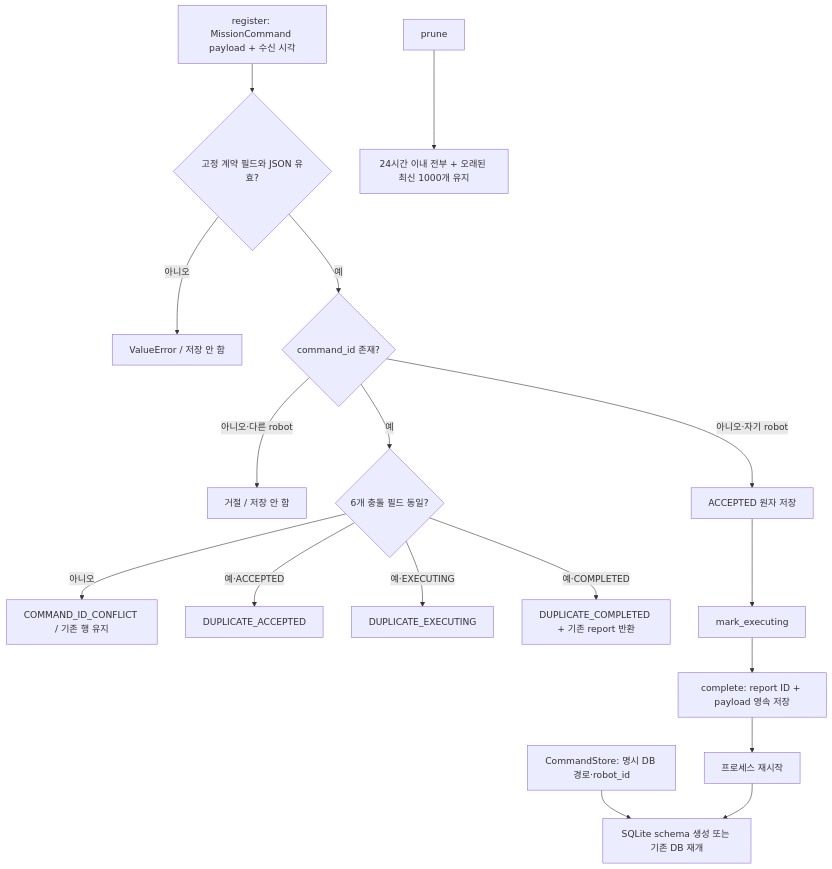
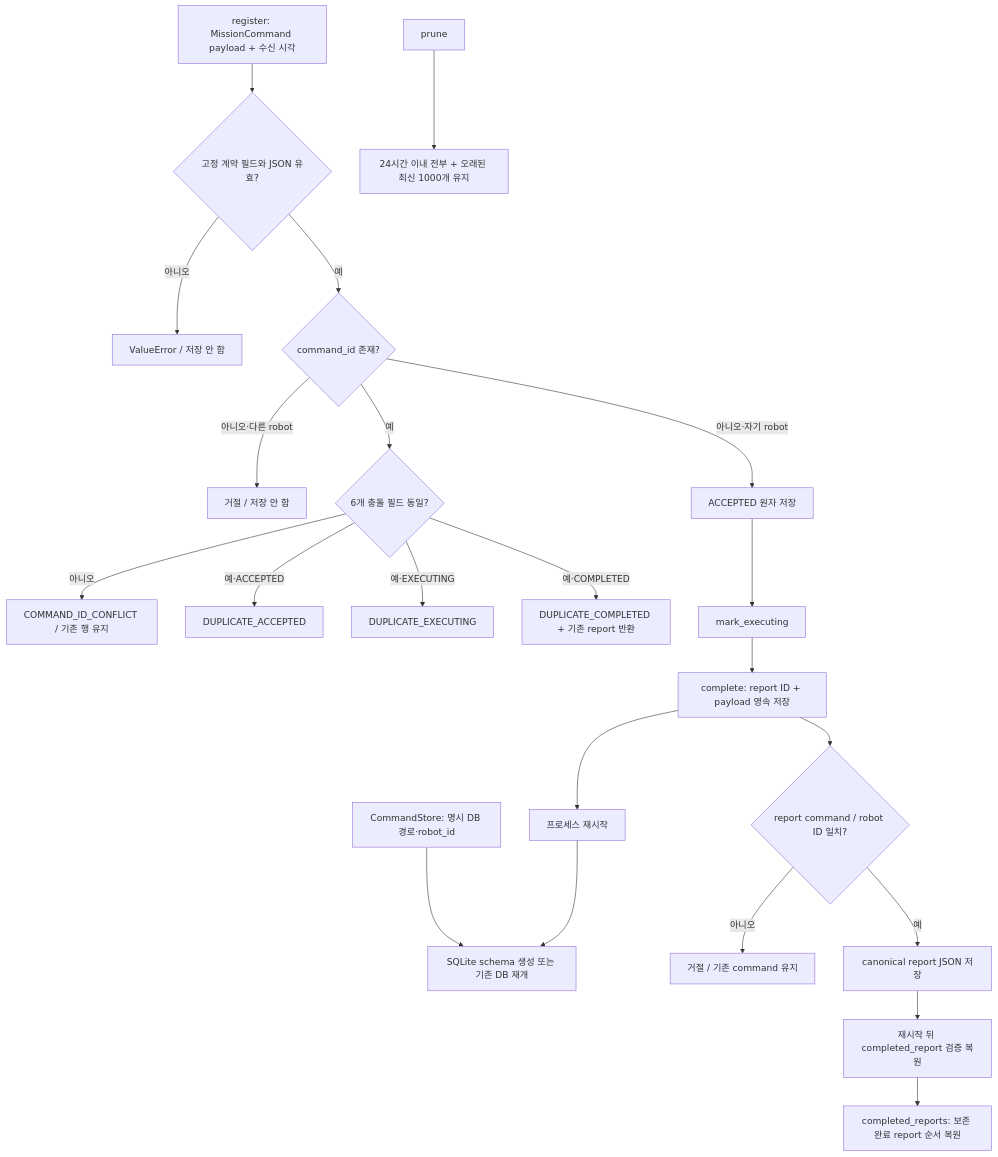
Before and after one commit to suuuhululu/patrol: the second of 21 diagrams in docs/amr.md, drawn with Mermaid. The commit also changed other lines of this file and 29 other files, not shown here.

```diff
--- a/docs/amr.md
+++ b/docs/amr.md
@@ -121,19 +125,24 @@
 ~~~mermaid
 flowchart TD
     OPEN[CommandStore: 명시 DB 경로·robot_id] --> DB[SQLite schema 생성 또는 기존 DB 재개]
     RX[register: MissionCommand payload + 수신 시각] --> VALID{고정 계약 필드와 JSON 유효?}
     VALID -->|아니오| BAD[ValueError / 저장 안 함]
     VALID -->|예| LOOKUP{command_id 존재?}
     LOOKUP -->|아니오·다른 robot| BADTARGET[거절 / 저장 안 함]
     LOOKUP -->|아니오·자기 robot| SAVE[ACCEPTED 원자 저장]
     LOOKUP -->|예| SAME{6개 충돌 필드 동일?}
     SAME -->|아니오| CONFLICT[COMMAND_ID_CONFLICT / 기존 행 유지]
     SAME -->|예·ACCEPTED| ACKA[DUPLICATE_ACCEPTED]
     SAME -->|예·EXECUTING| ACKE[DUPLICATE_EXECUTING]
     SAME -->|예·COMPLETED| REPORT[DUPLICATE_COMPLETED + 기존 report 반환]
     SAVE --> EXEC[mark_executing]
     EXEC --> DONE[complete: report ID + payload 영속 저장]
+    DONE --> LINK{report command / robot ID 일치?}
+    LINK -->|아니오| BADREPORT[거절 / 기존 command 유지]
+    LINK -->|예| CODEC[canonical report JSON 저장]
+    CODEC --> RESTORE[재시작 뒤 completed_report 검증 복원]
+    RESTORE --> ALL[completed_reports: 보존 완료 report 순서 복원]
     PRUNE[prune] --> KEEP[24시간 이내 전부 + 오래된 최신 1000개 유지]
     DONE --> RESTART[프로세스 재시작]
     RESTART --> DB
 ~~~
```
